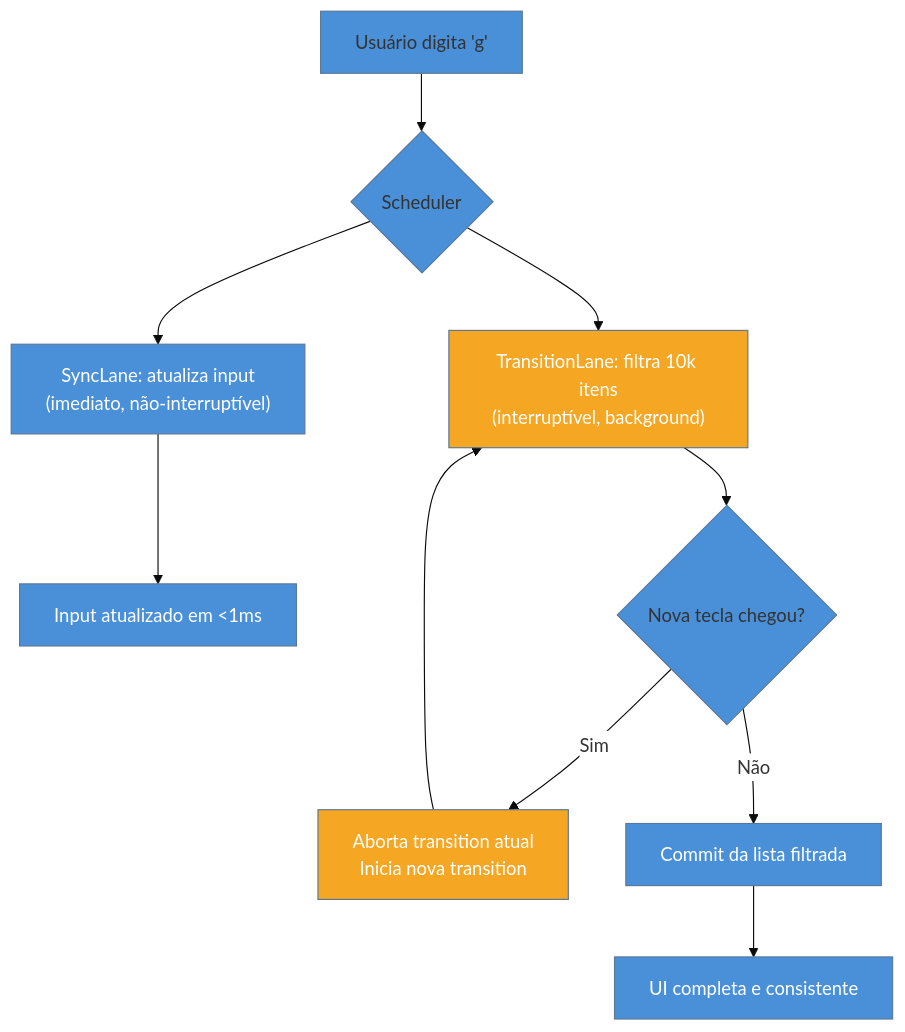
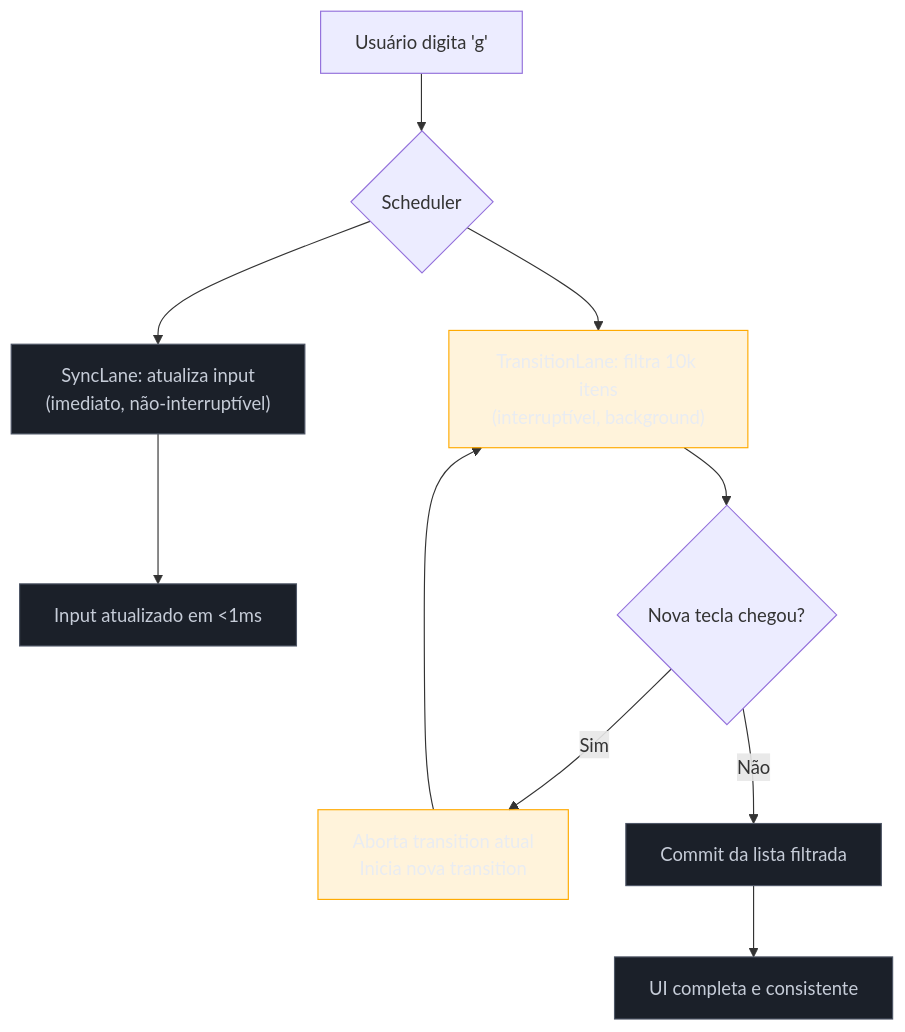
The first of 2 diagrams in 03-Dominios/Tecnologia/React/React core/20 - Concurrent features.md (josenaldo/codex-technomanticus), drawn with Mermaid before and after one commit. The commit also changed other lines of this file and 1181 other files, not shown here.

First line of the commit message:
fix(diagramas): paleta do sistema no lugar de cor cravada no markdown

````diff
--- a/03-Dominios/Tecnologia/React/React core/20 - Concurrent features.md
+++ b/03-Dominios/Tecnologia/React/React core/20 - Concurrent features.md
@@ -52,20 +52,21 @@
 ```mermaid
-%%{init: {"theme": "base", "themeVariables": {"primaryColor": "#4A90D9", "edgeLabelBackground": "#ffffff"}}}%%
 graph TD
+    classDef neutro fill:#1B2029,stroke:#4E5666,color:#C6CCD8
+    classDef destaque fill:#FFAA0024,stroke:#FFAA00,color:#E9ECF2
     A["Usuário digita 'g'"] --> B{Scheduler}
     B --> C["SyncLane: atualiza input\n(imediato, não-interruptível)"]
     B --> D["TransitionLane: filtra 10k itens\n(interruptível, background)"]
     C --> E["Input atualizado em <1ms"]
     D --> F{Nova tecla chegou?}
     F -->|Sim| G["Aborta transition atual\nInicia nova transition"]
     F -->|Não| H["Commit da lista filtrada"]
     G --> D
     H --> I["UI completa e consistente"]
 
-    style C fill:#4A90D9,color:#fff
-    style E fill:#4A90D9,color:#fff
-    style D fill:#F5A623,color:#fff
-    style G fill:#F5A623,color:#fff
-    style H fill:#4A90D9,color:#fff
-    style I fill:#4A90D9,color:#fff
+    class C neutro
+    class E neutro
+    class D destaque
+    class G destaque
+    class H neutro
+    class I neutro
 ```
````
